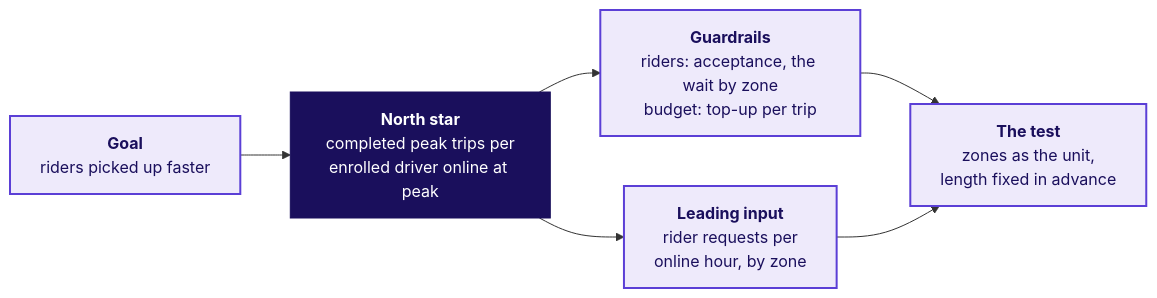
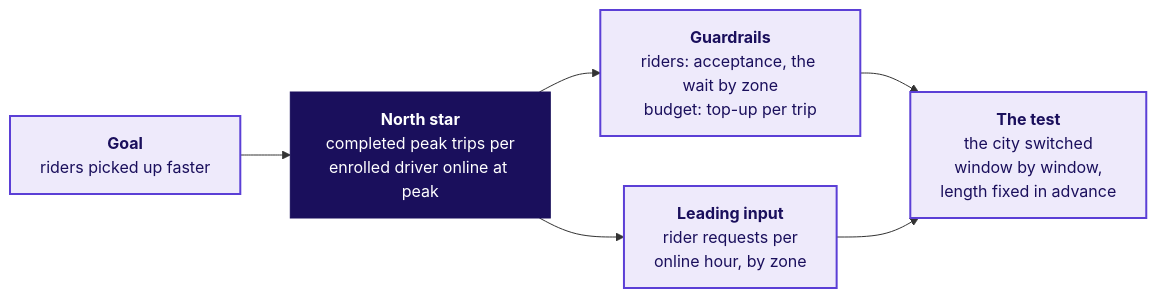
The diagram in content/W04/D1/extras/C2_W04_D01_transcript_STUDENT.md (fde-academy-lab/c2-content-factory), drawn with Mermaid before and after one commit. The commit also changed other lines of this file and 1 other file, not shown here.

First line of the commit message:
W04 D1: the transcript and the afternoon deck name the test's unit and the cost net of demand

````diff
--- a/content/W04/D1/extras/C2_W04_D01_transcript_STUDENT.md
+++ b/content/W04/D1/extras/C2_W04_D01_transcript_STUDENT.md
@@ -62,12 +64,12 @@
 ```mermaid
 flowchart LR
     G["<b>Goal</b><br/>riders picked up faster"] --> N["<b>North star</b><br/>completed peak trips per<br/>enrolled driver online at peak"]
     N --> R["<b>Guardrails</b><br/>riders: acceptance, the wait by zone<br/>budget: top-up per trip"]
     N --> L["<b>Leading input</b><br/>rider requests per<br/>online hour, by zone"]
-    R --> T["<b>The test</b><br/>zones as the unit,<br/>length fixed in advance"]
+    R --> T["<b>The test</b><br/>the city switched<br/>window by window,<br/>length fixed in advance"]
     L --> T
     classDef known fill:#EEEAFB,stroke:#5B3FD6,color:#1A0F5C,stroke-width:2px
     classDef lit fill:#1A0F5C,stroke:#1A0F5C,color:#FFFFFF
     class G,R,L,T known
     class N lit
 ```
````
